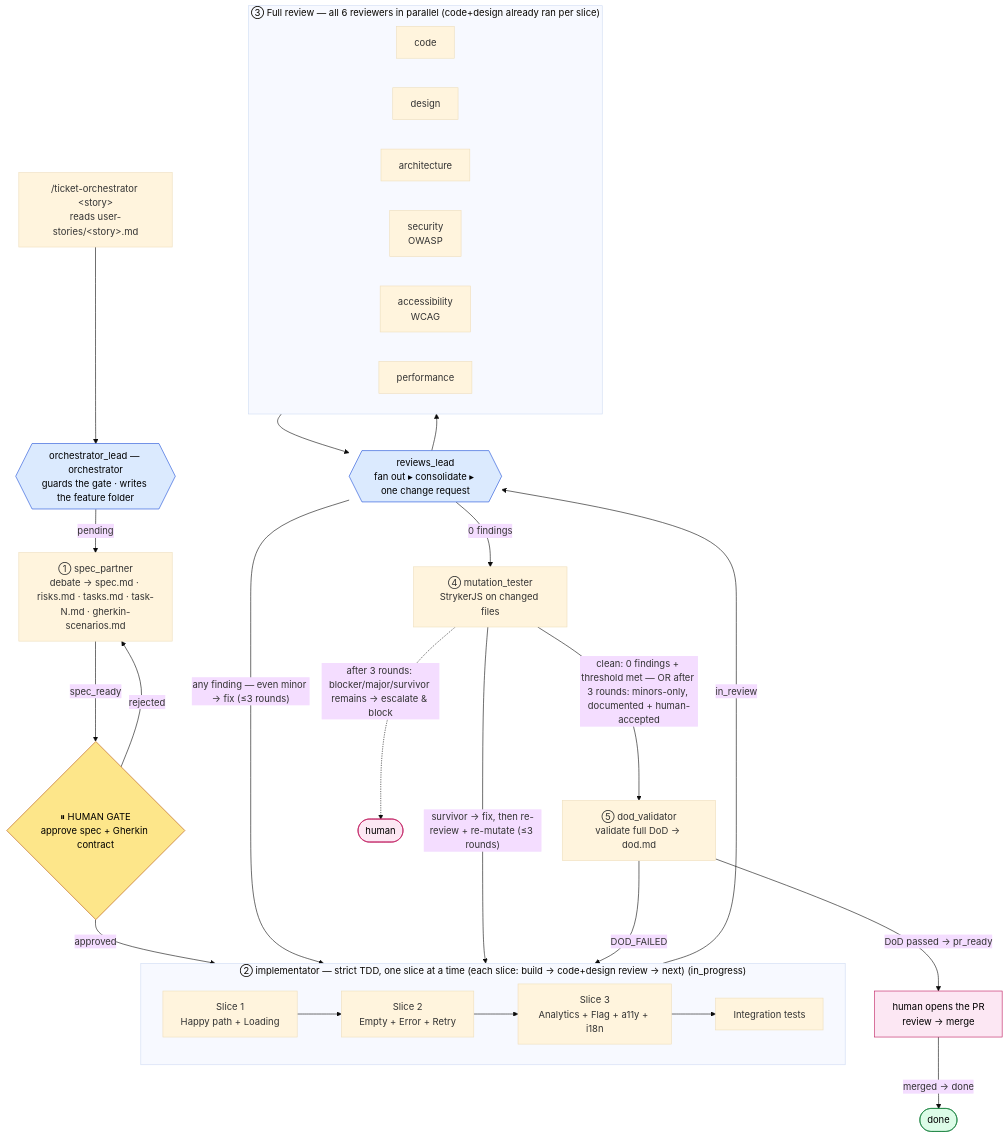
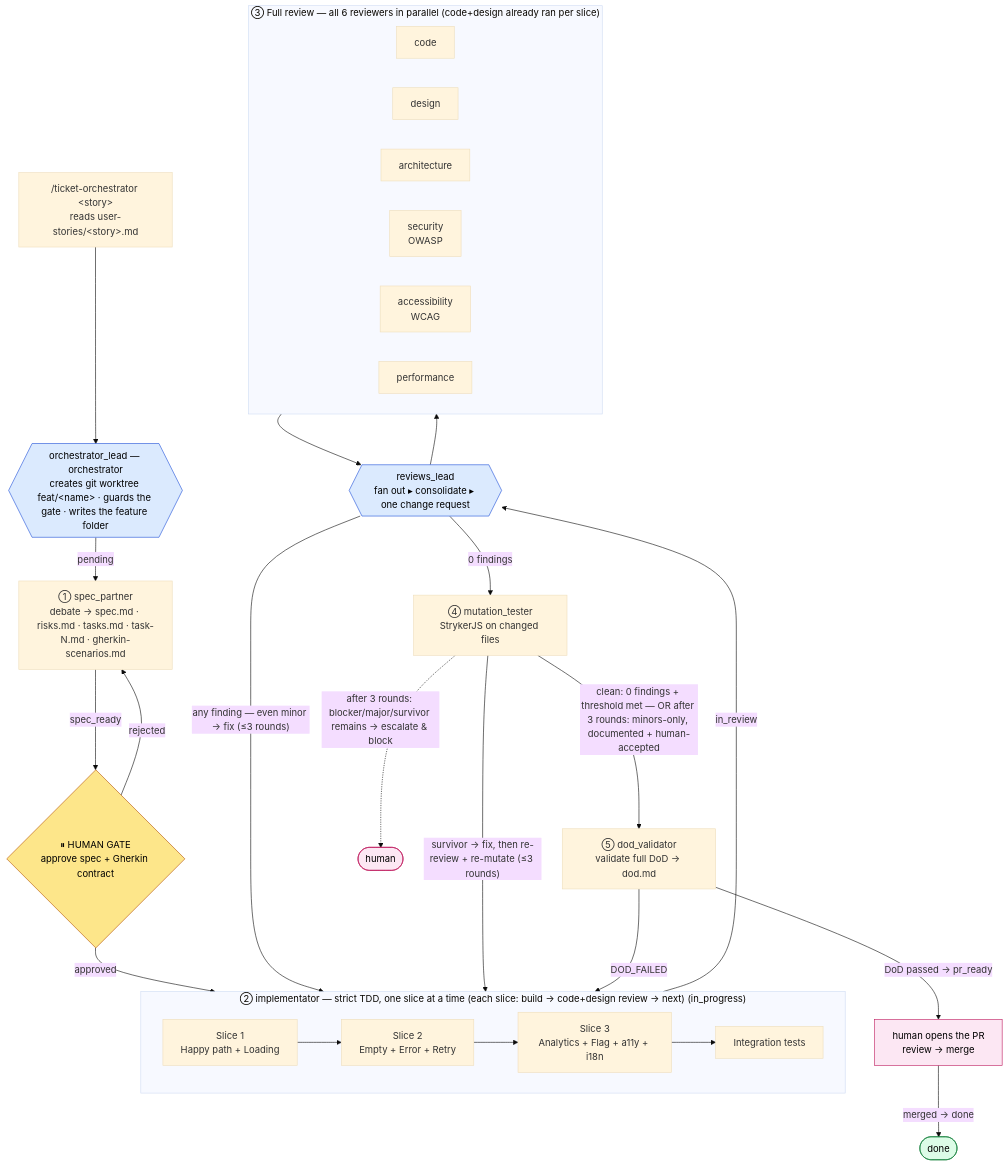
Before and after one commit to LIDR-academy/AI4Devs-finalproject: the diagram in ORCHESTRATOR_PLAN.md, drawn with Mermaid (base theme). The commit also changed other lines of this file and 4 other files, not shown here.

````diff
--- a/ORCHESTRATOR_PLAN.md
+++ b/ORCHESTRATOR_PLAN.md
@@ -152,46 +155,46 @@
 ```mermaid
 flowchart TD
-    CLI["/ticket-orchestrator &lt;story&gt;<br/>reads user-stories/&lt;story&gt;.md"] --> LEAD{{"orchestrator_lead — orchestrator<br/>guards the gate · writes the feature folder"}}
+    CLI["/ticket-orchestrator &lt;story&gt;<br/>reads user-stories/&lt;story&gt;.md"] --> LEAD{{"orchestrator_lead — orchestrator<br/>creates git worktree feat/&lt;name&gt; · guards the gate · writes the feature folder"}}
 
     LEAD -->|pending| P1["① spec_partner<br/>debate → spec.md · risks.md · tasks.md · task-N.md · gherkin-scenarios.md"]
     P1 -->|spec_ready| GATE{"⏸ HUMAN GATE<br/>approve spec + Gherkin contract"}
     GATE -->|rejected| P1
 
     GATE -->|"approved"| P3G
     subgraph P3G["② implementator — strict TDD, one slice at a time (each slice: build → code+design review → next) (in_progress)"]
         direction LR
         S1["Slice 1<br/>Happy path + Loading"] --> S2["Slice 2<br/>Empty + Error + Retry"] --> S3["Slice 3<br/>Analytics + Flag + a11y + i18n"] --> INT["Integration tests"]
     end
 
     P3G -->|in_review| RL
     subgraph RV["③ Full review — all 6 reviewers in parallel (code+design already ran per slice)"]
         direction LR
         R1["code"]
         R2["design"]
         R3["architecture"]
         R4["security<br/>OWASP"]
         R5["accessibility<br/>WCAG"]
         R6["performance"]
     end
     RL{{"reviews_lead<br/>fan out ▸ consolidate ▸ one change request"}}
     RL --> RV
     RV --> RL
 
     RL -->|"any finding — even minor → fix (≤3 rounds)"| P3G
     RL -->|"0 findings"| MUT["④ mutation_tester<br/>StrykerJS on changed files"]
     MUT -->|"survivor → fix, then re-review + re-mutate (≤3 rounds)"| P3G
     MUT -->|"clean: 0 findings + threshold met — OR after 3 rounds: minors-only, documented + human-accepted"| DV["⑤ dod_validator<br/>validate full DoD → dod.md"]
     MUT -.->|"after 3 rounds: blocker/major/survivor remains → escalate & block"| ESC(["human"])
     DV -->|DOD_FAILED| P3G
     DV -->|"DoD passed → pr_ready"| HPR["human opens the PR<br/>review → merge"]
     HPR -->|merged → done| DONE(["done"])
 
     classDef gate fill:#fde68a,stroke:#b45309,color:#000;
     classDef lead fill:#dbeafe,stroke:#1d4ed8,color:#000;
     classDef terminal fill:#dcfce7,stroke:#15803d,color:#000;
     classDef human fill:#fce7f3,stroke:#be185d,color:#000;
     class GATE gate;
     class LEAD,RL lead;
     class HPR,ESC human;
     class DONE terminal;
 ```
````
